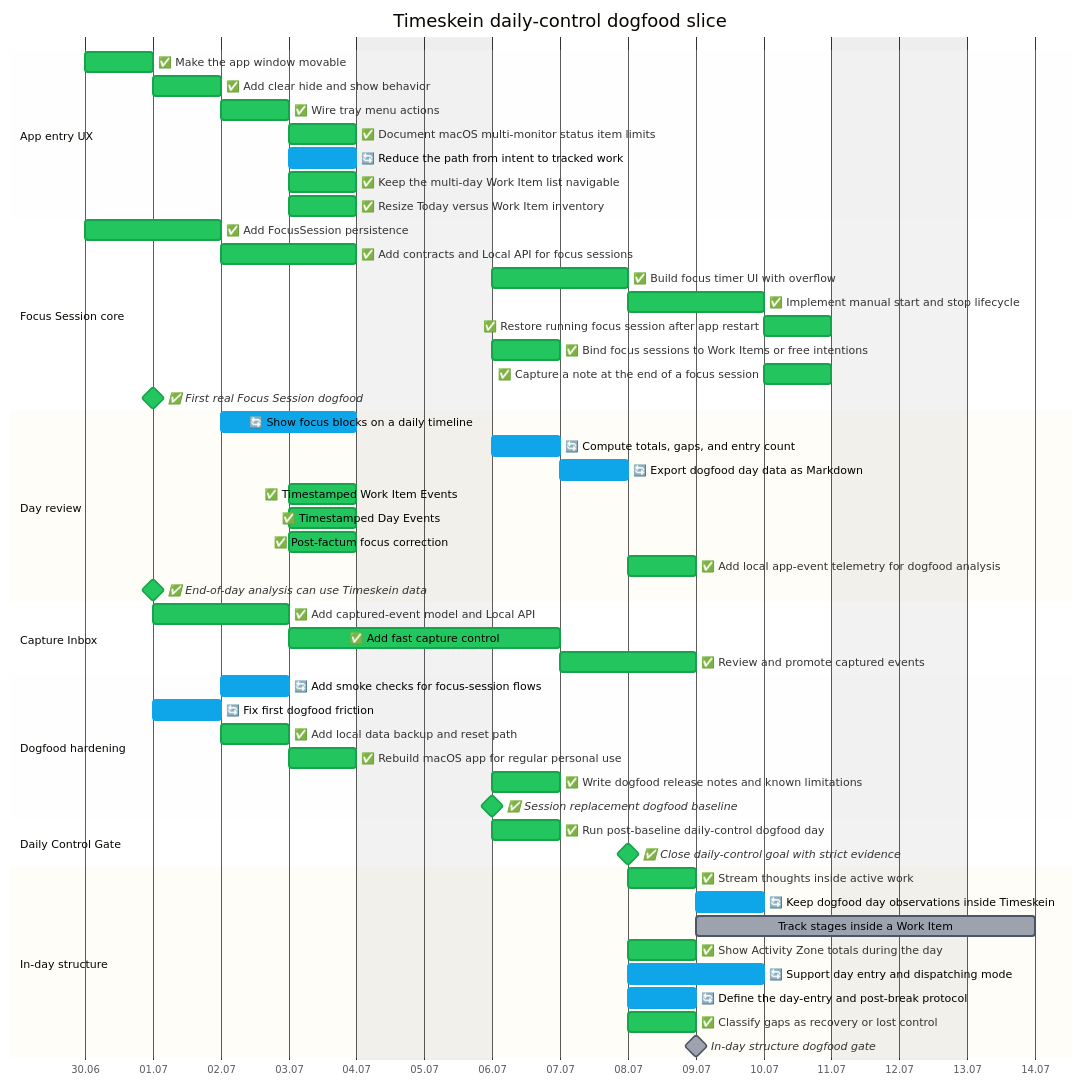
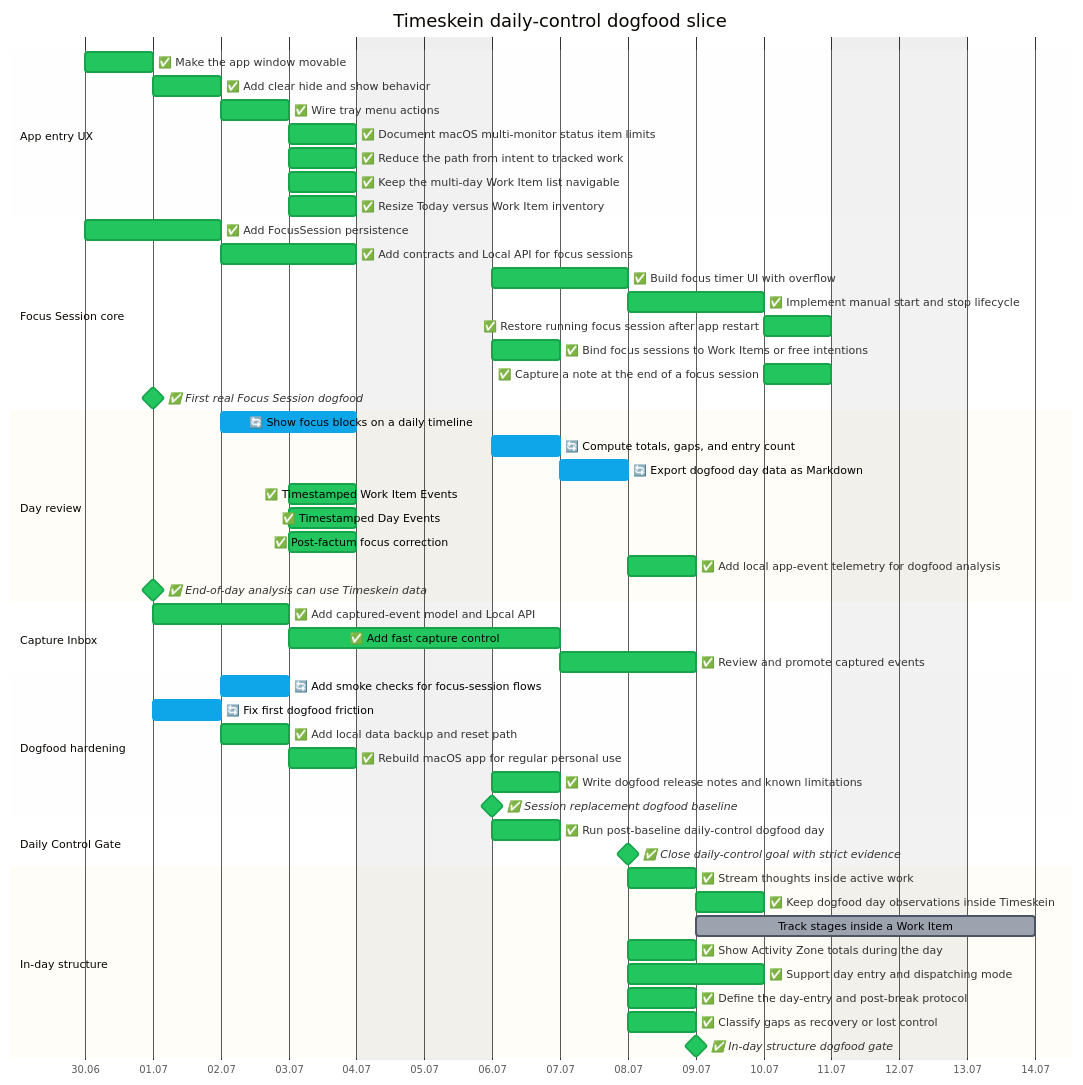
One commit to asukhodko/timeskein changed the second of 2 diagrams in docs/roadmap/opskarta.md. Above: the diagram before and after it, drawn with Mermaid. The commit also changed other lines of this file and 12 other files, not shown here.

Commit message:
Accept in-day structure dogfood layer

````diff
--- a/docs/roadmap/opskarta.md
+++ b/docs/roadmap/opskarta.md
@@ -114,59 +114,59 @@
 ```mermaid
 %%{init: {"theme": "base", "themeVariables": {"taskBkgColor": "#9ca3af", "taskBorderColor": "#4b5563", "taskTextColor": "#000000", "taskTextDarkColor": "#000000", "taskTextLightColor": "#000000", "activeTaskBkgColor": "#0ea5e9", "activeTaskBorderColor": "#0ea5e9", "doneTaskBkgColor": "#22c55e", "doneTaskBorderColor": "#16a34a", "critBkgColor": "#fecaca", "critBorderColor": "#fecaca", "todayLineColor": "#ef4444"}} }%%
 
 gantt
     title Timeskein daily-control dogfood slice
     dateFormat YYYY-MM-DD
     axisFormat %d.%m
     excludes weekends
 
     section App entry UX
     ✅ Make the app window movable  :done, ts_ux_entry_window_drag,    2026-06-30, 1d
     ✅ Add clear hide and show behavior  :done, ts_ux_entry_hide_toggle,    2026-07-01, 1d
     ✅ Wire tray menu actions  :done, ts_ux_entry_tray_actions,    2026-07-02, 1d
     ✅ Document macOS multi-monitor status item limits  :done, ts_ux_entry_monitor_policy,    2026-07-03, 1d
-    🔄 Reduce the path from intent to tracked work  :active, ts_ux_entry_fast_track_flow,    2026-07-03, 1d
+    ✅ Reduce the path from intent to tracked work  :done, ts_ux_entry_fast_track_flow,    2026-07-03, 1d
     ✅ Keep the multi-day Work Item list navigable  :done, ts_ux_entry_inventory_modes,    2026-07-03, 1d
     ✅ Resize Today versus Work Item inventory  :done, ts_ux_entry_resizable_today_split,    2026-07-03, 1d
     section Focus Session core
     ✅ Add FocusSession persistence  :done, ts_focus_core_model_migrations,    2026-06-30, 2d
     ✅ Add contracts and Local API for focus sessions  :done, ts_focus_core_contracts_api,    2026-07-02, 2d
     ✅ Build focus timer UI with overflow  :done, ts_focus_core_timer_ui,    2026-07-06, 2d
     ✅ Implement manual start and stop lifecycle  :done, ts_focus_core_session_lifecycle,    2026-07-08, 2d
     ✅ Restore running focus session after app restart  :done, ts_focus_core_restart_restore,    2026-07-10, 1d
     ✅ Bind focus sessions to Work Items or free intentions  :done, ts_focus_core_work_item_binding,    2026-07-06, 1d
     ✅ Capture a note at the end of a focus session  :done, ts_focus_core_session_notes,    2026-07-10, 1d
     ✅ First real Focus Session dogfood  :milestone, done, ts_focus_core_dogfood_gate,    2026-07-01, 0d
     section Day review
     🔄 Show focus blocks on a daily timeline  :active, ts_day_review_timeline,    2026-07-02, 2d
     🔄 Compute totals, gaps, and entry count  :active, ts_day_review_totals_gaps,    2026-07-06, 1d
     🔄 Export dogfood day data as Markdown  :active, ts_day_review_export,    2026-07-07, 1d
     ✅ Timestamped Work Item Events  :done, ts_day_review_work_item_events,    2026-07-03, 1d
     ✅ Timestamped Day Events  :done, ts_day_review_day_events,    2026-07-03, 1d
     ✅ Post-factum focus correction  :done, ts_day_review_corrections,    2026-07-03, 1d
     ✅ Add local app-event telemetry for dogfood analysis  :done, ts_day_review_app_telemetry,    2026-07-08, 1d
     ✅ End-of-day analysis can use Timeskein data  :milestone, done, ts_day_review_analysis_gate,    2026-07-01, 0d
     section Capture Inbox
     ✅ Add captured-event model and Local API  :done, ts_capture_model_api,    2026-07-01, 2d
     ✅ Add fast capture control  :done, ts_capture_quick_ui,    2026-07-03, 2d
     ✅ Review and promote captured events  :done, ts_capture_review_flow,    2026-07-07, 2d
     section Dogfood hardening
     🔄 Add smoke checks for focus-session flows  :active, ts_hardening_smoke,    2026-07-02, 1d
     🔄 Fix first dogfood friction  :active, ts_hardening_post_dogfood_friction,    2026-07-01, 1d
     ✅ Add local data backup and reset path  :done, ts_hardening_backup_reset,    2026-07-02, 1d
     ✅ Rebuild macOS app for regular personal use  :done, ts_hardening_package_app,    2026-07-03, 1d
     ✅ Write dogfood release notes and known limitations  :done, ts_hardening_release_notes,    2026-07-06, 1d
     ✅ Session replacement dogfood baseline  :milestone, done, ts_hardening_dogfood_release,    2026-07-06, 0d
     section Daily Control Gate
     ✅ Run post-baseline daily-control dogfood day  :done, ts_daily_control_real_day,    2026-07-06, 1d
     ✅ Close daily-control goal with strict evidence  :milestone, done, ts_daily_control_goal_check,    2026-07-08, 0d
     section In-day structure
     ✅ Stream thoughts inside active work  :done, ts_in_day_structure_active_work_journal,    2026-07-08, 1d
-    🔄 Keep dogfood day observations inside Timeskein  :active, ts_in_day_structure_day_observation_log,    2026-07-09, 1d
+    ✅ Keep dogfood day observations inside Timeskein  :done, ts_in_day_structure_day_observation_log,    2026-07-09, 1d
     Track stages inside a Work Item  :ts_in_day_structure_work_item_stages,    2026-07-09, 3d
     ✅ Show Activity Zone totals during the day  :done, ts_in_day_structure_zone_dashboard,    2026-07-08, 1d
-    🔄 Support day entry and dispatching mode  :active, ts_in_day_structure_dispatch_mode,    2026-07-08, 2d
-    🔄 Define the day-entry and post-break protocol  :active, ts_in_day_structure_entry_protocol,    2026-07-08, 1d
+    ✅ Support day entry and dispatching mode  :done, ts_in_day_structure_dispatch_mode,    2026-07-08, 2d
+    ✅ Define the day-entry and post-break protocol  :done, ts_in_day_structure_entry_protocol,    2026-07-08, 1d
     ✅ Classify gaps as recovery or lost control  :done, ts_in_day_structure_gap_recovery_classification,    2026-07-08, 1d
-    In-day structure dogfood gate  :milestone, ts_in_day_structure_dogfood_gate,    2026-07-09, 0d
+    ✅ In-day structure dogfood gate  :milestone, done, ts_in_day_structure_dogfood_gate,    2026-07-09, 0d
 ```
````
